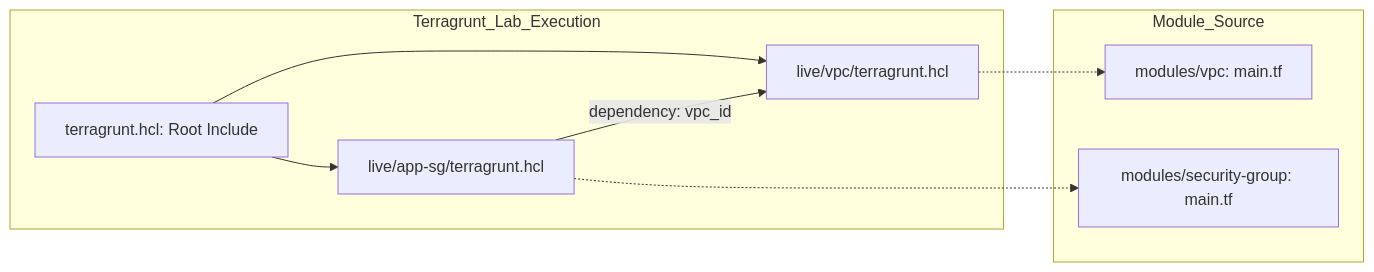
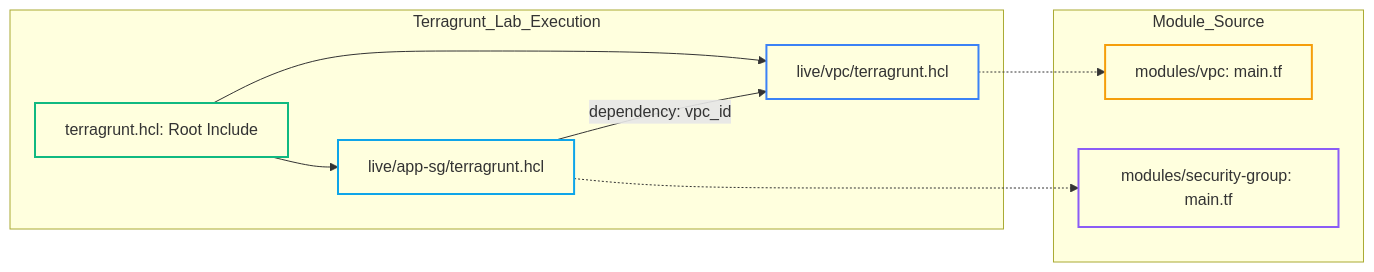
One commit to kiennt308/ntk changed the third of 4 diagrams in _posts/2026-09-13-terraform-23-23-dry-terraform-voi-terragrunt-remote-state-inputs-va-dependencies.md. Above: the diagram before and after it, drawn with Mermaid. The commit also changed other lines of this file and 26 other files, not shown here.

Commit message:
style(terraform): standardize presentation, complete titles & summaries, tailor tldr, and optimize lab tables & mermaid across Bài 05 to Bài 31

````diff
--- a/_posts/2026-09-13-terraform-23-23-dry-terraform-voi-terragrunt-remote-state-inputs-va-dependencies.md
+++ b/_posts/2026-09-13-terraform-23-23-dry-terraform-voi-terragrunt-remote-state-inputs-va-dependencies.md
@@ -257,18 +257,22 @@
 ```mermaid
 graph LR
     subgraph Terragrunt_Lab_Execution
         ROOT_CONF["terragrunt.hcl: Root Include"] --> VPC_CONF["live/vpc/terragrunt.hcl"]
         ROOT_CONF --> SG_CONF["live/app-sg/terragrunt.hcl"]
         SG_CONF -->|dependency: vpc_id| VPC_CONF
     end
 
     subgraph Module_Source
         MOD_VPC["modules/vpc: main.tf"]
         MOD_SG["modules/security-group: main.tf"]
     end
 
     VPC_CONF -.-> MOD_VPC
     SG_CONF -.-> MOD_SG
 
-
+    style VPC_CONF fill:none,stroke:#3b82f6,stroke-width:2px
+    style SG_CONF fill:none,stroke:#0ea5e9,stroke-width:2px
+    style ROOT_CONF fill:none,stroke:#10b981,stroke-width:2px
+    style MOD_VPC fill:none,stroke:#f59e0b,stroke-width:2px
+    style MOD_SG fill:none,stroke:#8b5cf6,stroke-width:2px
 ```
````
